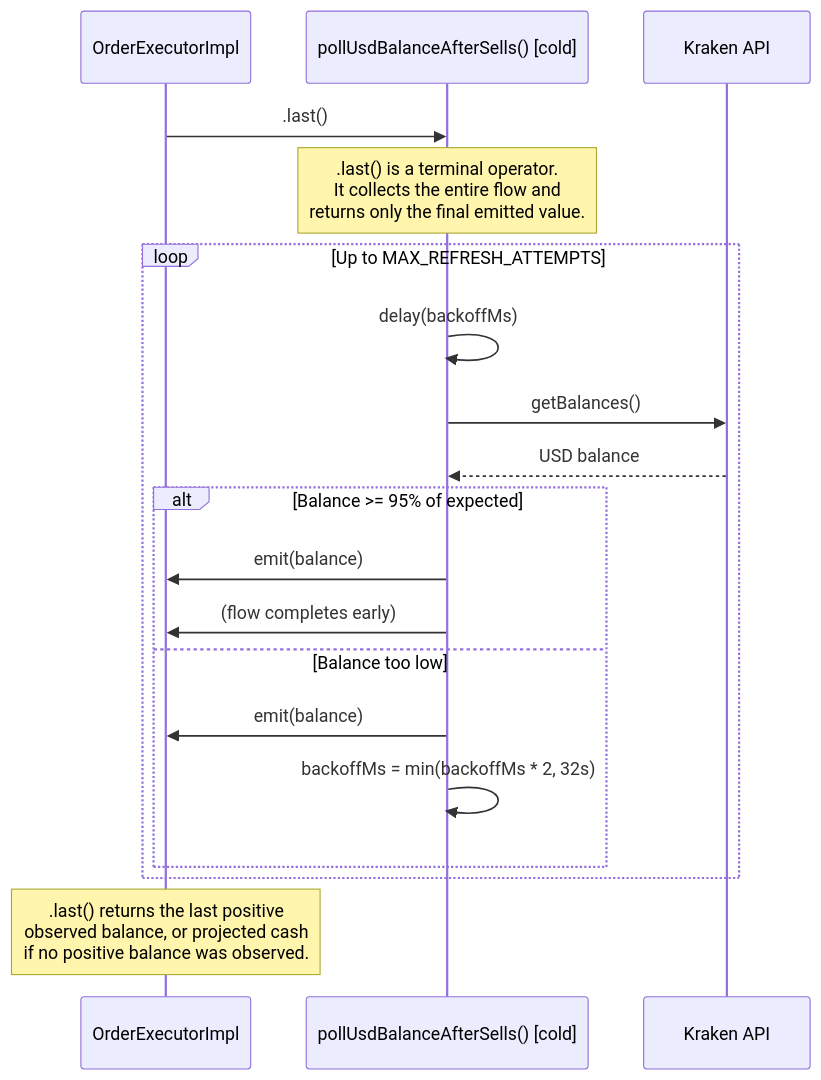
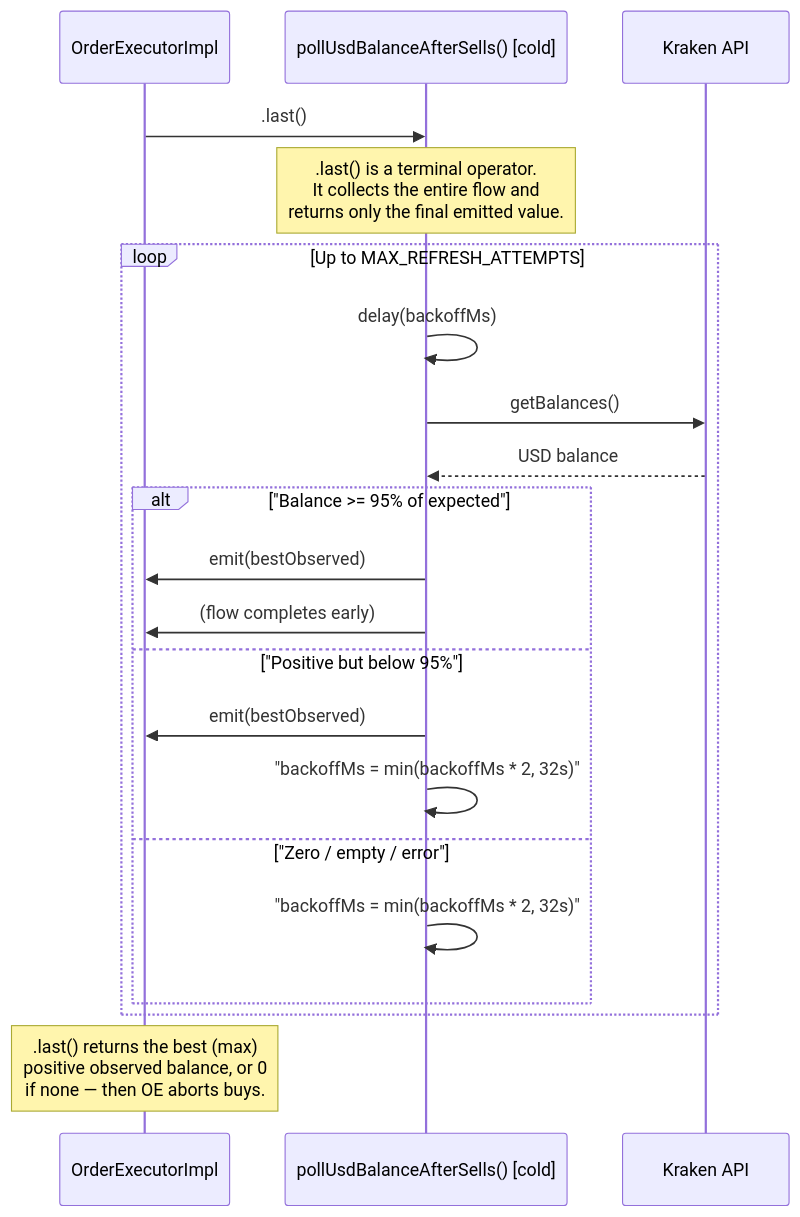
Before and after one commit to HyperVon/new-kraken-rebalancer: the fifth of 5 diagrams in docs/FLOWS.md, drawn with Mermaid. The commit also changed other lines of this file and 8 other files, not shown here.

````diff
--- a/docs/FLOWS.md
+++ b/docs/FLOWS.md
@@ -201,24 +201,26 @@
 ```mermaid
 sequenceDiagram
     participant OE as OrderExecutorImpl
     participant Flow as pollUsdBalanceAfterSells() [cold]
     participant API as Kraken API
 
     OE->>Flow: .last()
     note over Flow: .last() is a terminal operator.<br/>It collects the entire flow and<br/>returns only the final emitted value.
 
     loop Up to MAX_REFRESH_ATTEMPTS
         Flow->>Flow: delay(backoffMs)
         Flow->>API: getBalances()
         API-->>Flow: USD balance
-        alt Balance >= 95% of expected
-            Flow->>OE: emit(balance)
+        alt "Balance >= 95% of expected"
+            Flow->>OE: emit(bestObserved)
             Flow->>OE: (flow completes early)
-        else Balance too low
-            Flow->>OE: emit(balance)
-            Flow->>Flow: backoffMs = min(backoffMs * 2, 32s)
+        else "Positive but below 95%"
+            Flow->>OE: emit(bestObserved)
+            Flow->>Flow: "backoffMs = min(backoffMs * 2, 32s)"
+        else "Zero / empty / error"
+            Flow->>Flow: "backoffMs = min(backoffMs * 2, 32s)"
         end
     end
 
-    note over OE: .last() returns the last positive<br/>observed balance, or projected cash<br/>if no positive balance was observed.
+    note over OE: .last() returns the best (max)<br/>positive observed balance, or 0<br/>if none — then OE aborts buys.
 ```
````
